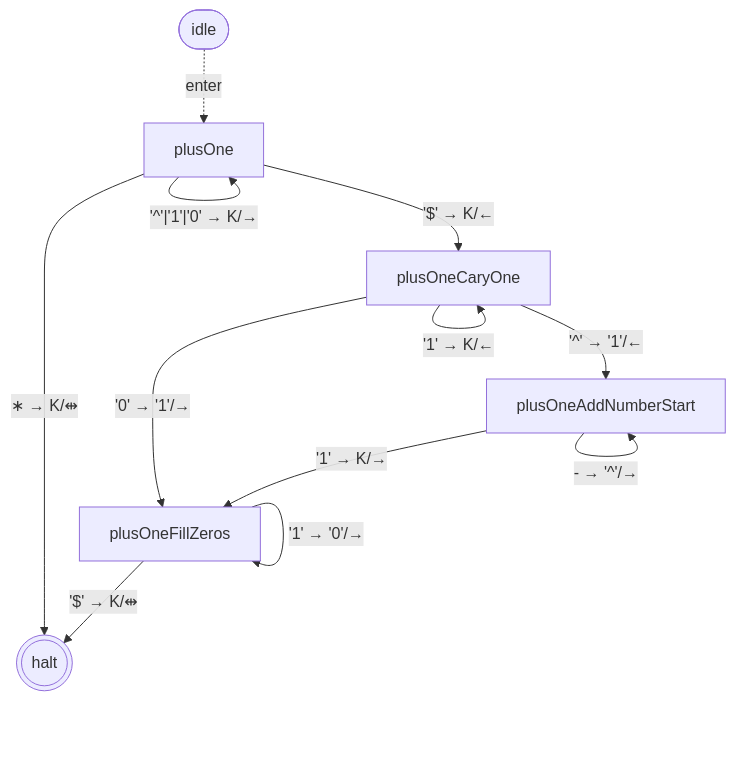
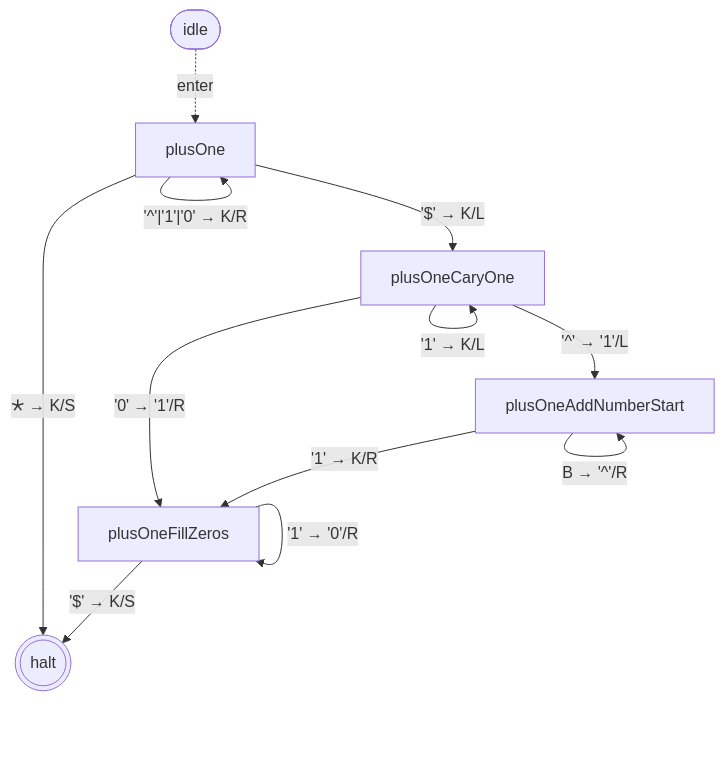
One commit to mellonis/turing-machine-js changed the eighth of 10 diagrams in packages/library-binary-numbers/states.md. Above: the diagram before and after it, drawn with Mermaid. The commit also changed other lines of this file and 14 other files, not shown here.

First line of the commit message:
polish(emit + docs): readable vocabulary, removed hand-drawn diagrams, dogfooded `summarize`

````diff
--- a/packages/library-binary-numbers/states.md
+++ b/packages/library-binary-numbers/states.md
@@ -153,21 +153,21 @@
 ```mermaid
 flowchart TD
 %% alphabets: [[" ","^","$","0","1"]]
   s0(((halt)))
   s16["plusOneFillZeros"]
   s17["plusOneAddNumberStart"]
   s18["plusOneCaryOne"]
   s19["plusOne"]
   idle([idle])
   idle -. enter .-> s19
-  s16 -- "'1' → '0'/→" --> s16
-  s16 -- "'$' → K/⇹" --> s0
-  s17 -- "- → '^'/→" --> s17
-  s17 -- "'1' → K/→" --> s16
-  s18 -- "'0' → '1'/→" --> s16
-  s18 -- "'1' → K/←" --> s18
-  s18 -- "'^' → '1'/←" --> s17
-  s19 -- "'^'|'1'|'0' → K/→" --> s19
-  s19 -- "'$' → K/←" --> s18
-  s19 -- "∗ → K/⇹" --> s0
+  s16 -- "'1' → '0'/R" --> s16
+  s16 -- "'$' → K/S" --> s0
+  s17 -- "B → '^'/R" --> s17
+  s17 -- "'1' → K/R" --> s16
+  s18 -- "'0' → '1'/R" --> s16
+  s18 -- "'1' → K/L" --> s18
+  s18 -- "'^' → '1'/L" --> s17
+  s19 -- "'^'|'1'|'0' → K/R" --> s19
+  s19 -- "'$' → K/L" --> s18
+  s19 -- "🞰 → K/S" --> s0
 ```
````
